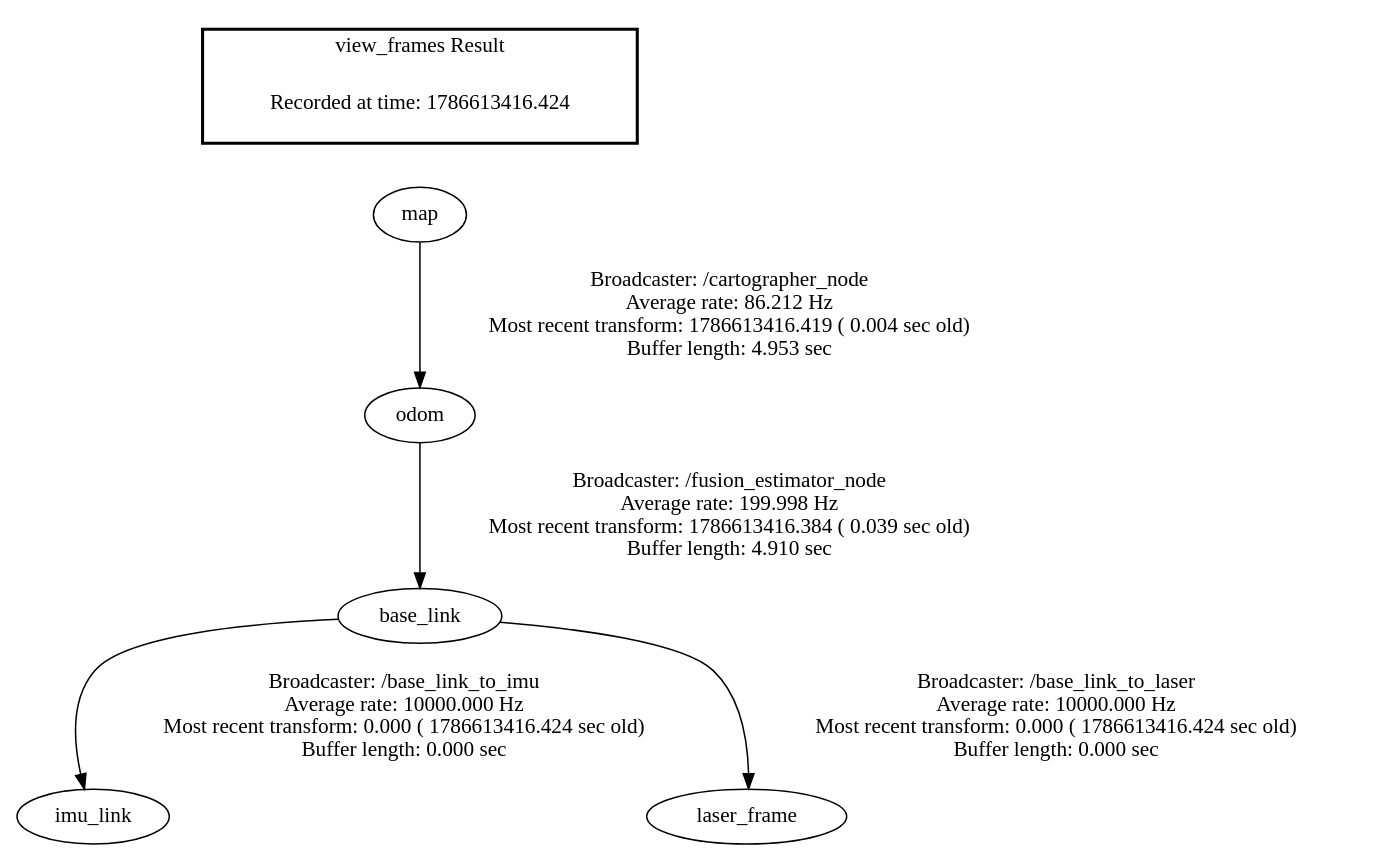
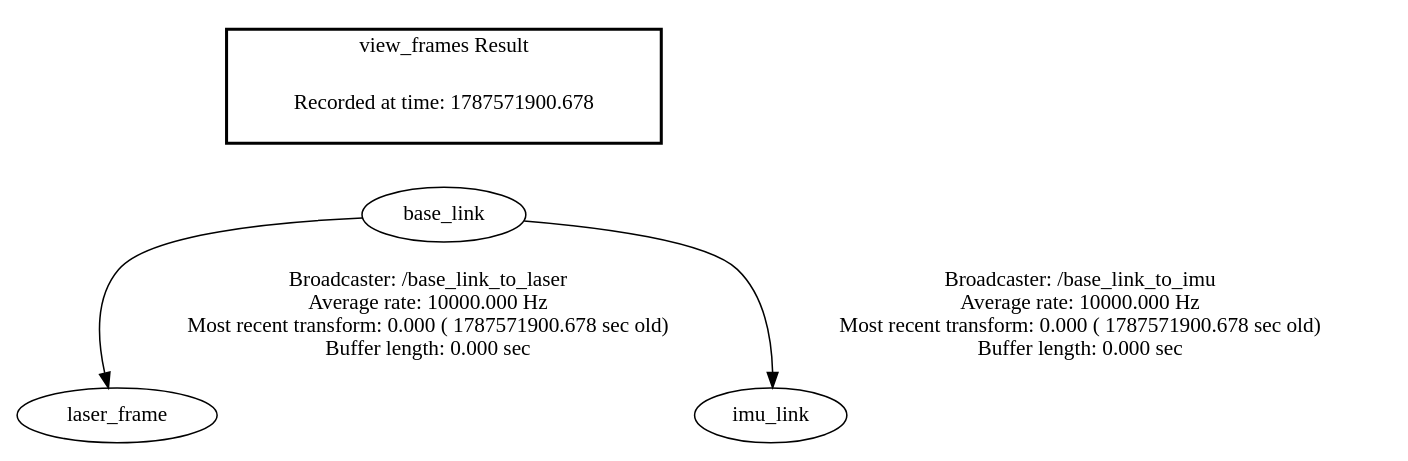
Before and after one commit to 2022090914028ysr-dotcom/rk3588: the diagram in NavOA_ws/frames.gv, drawn with Graphviz. The commit also changed 22 other files, not shown here.

Commit message:
added new map config with pure leg odom, mapping and localization was very good

```diff
--- a/NavOA_ws/frames.gv
+++ b/NavOA_ws/frames.gv
@@ -1,10 +1,8 @@
 digraph G {
-"base_link" -> "imu_link"[label="Broadcaster: /base_link_to_imu\nAverage rate: 10000.000 Hz\nMost recent transform: 0.000 ( 1786613416.424 sec old)\nBuffer length: 0.000 sec\n"];
-"odom" -> "base_link"[label="Broadcaster: /fusion_estimator_node\nAverage rate: 199.998 Hz\nMost recent transform: 1786613416.384 ( 0.039 sec old)\nBuffer length: 4.910 sec\n"];
-"base_link" -> "laser_frame"[label="Broadcaster: /base_link_to_laser\nAverage rate: 10000.000 Hz\nMost recent transform: 0.000 ( 1786613416.424 sec old)\nBuffer length: 0.000 sec\n"];
-"map" -> "odom"[label="Broadcaster: /cartographer_node\nAverage rate: 86.212 Hz\nMost recent transform: 1786613416.419 ( 0.004 sec old)\nBuffer length: 4.953 sec\n"];
+"base_link" -> "laser_frame"[label="Broadcaster: /base_link_to_laser\nAverage rate: 10000.000 Hz\nMost recent transform: 0.000 ( 1787571900.678 sec old)\nBuffer length: 0.000 sec\n"];
+"base_link" -> "imu_link"[label="Broadcaster: /base_link_to_imu\nAverage rate: 10000.000 Hz\nMost recent transform: 0.000 ( 1787571900.678 sec old)\nBuffer length: 0.000 sec\n"];
 edge [style=invis];
  subgraph cluster_legend { style=bold; color=black; label ="view_frames Result";
-"Recorded at time: 1786613416.424"[ shape=plaintext ] ;
- }->"map";
+"Recorded at time: 1787571900.678"[ shape=plaintext ] ;
+ }->"base_link";
 }
```
